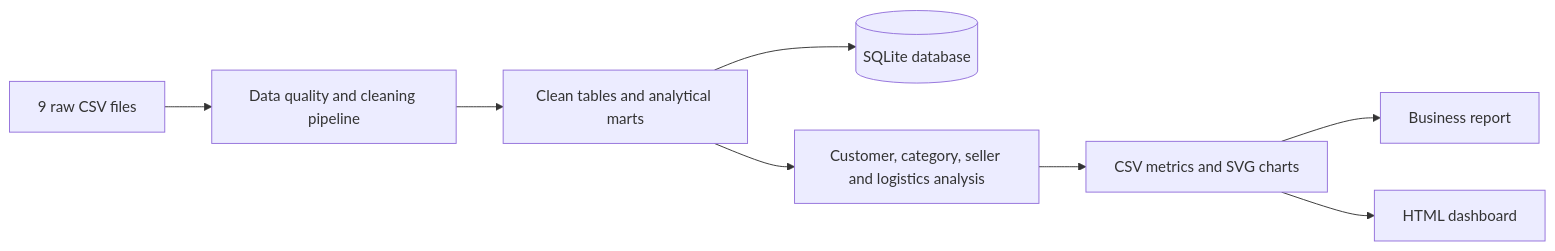
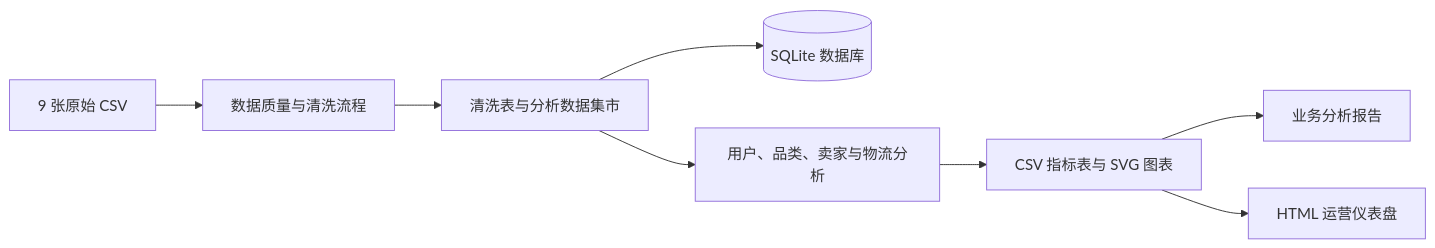
The diagram in README.md (LeoYoxi666/olist-brazil-ecommerce-analysis), drawn with Mermaid before and after one commit. The commit also changed other lines of this file and 20 other files, not shown here.

````diff
--- a/README.md
+++ b/README.md
@@ -82,10 +70,10 @@
 ```mermaid
 flowchart LR
-    A[9 raw CSV files] --> B[Data quality and cleaning pipeline]
-    B --> C[Clean tables and analytical marts]
-    C --> D[(SQLite database)]
-    C --> E[Customer, category, seller and logistics analysis]
-    E --> F[CSV metrics and SVG charts]
-    F --> G[Business report]
-    F --> H[HTML dashboard]
+    A[9 张原始 CSV] --> B[数据质量与清洗流程]
+    B --> C[清洗表与分析数据集市]
+    C --> D[(SQLite 数据库)]
+    C --> E[用户、品类、卖家与物流分析]
+    E --> F[CSV 指标表与 SVG 图表]
+    F --> G[业务分析报告]
+    F --> H[HTML 运营仪表盘]
 ```
````
